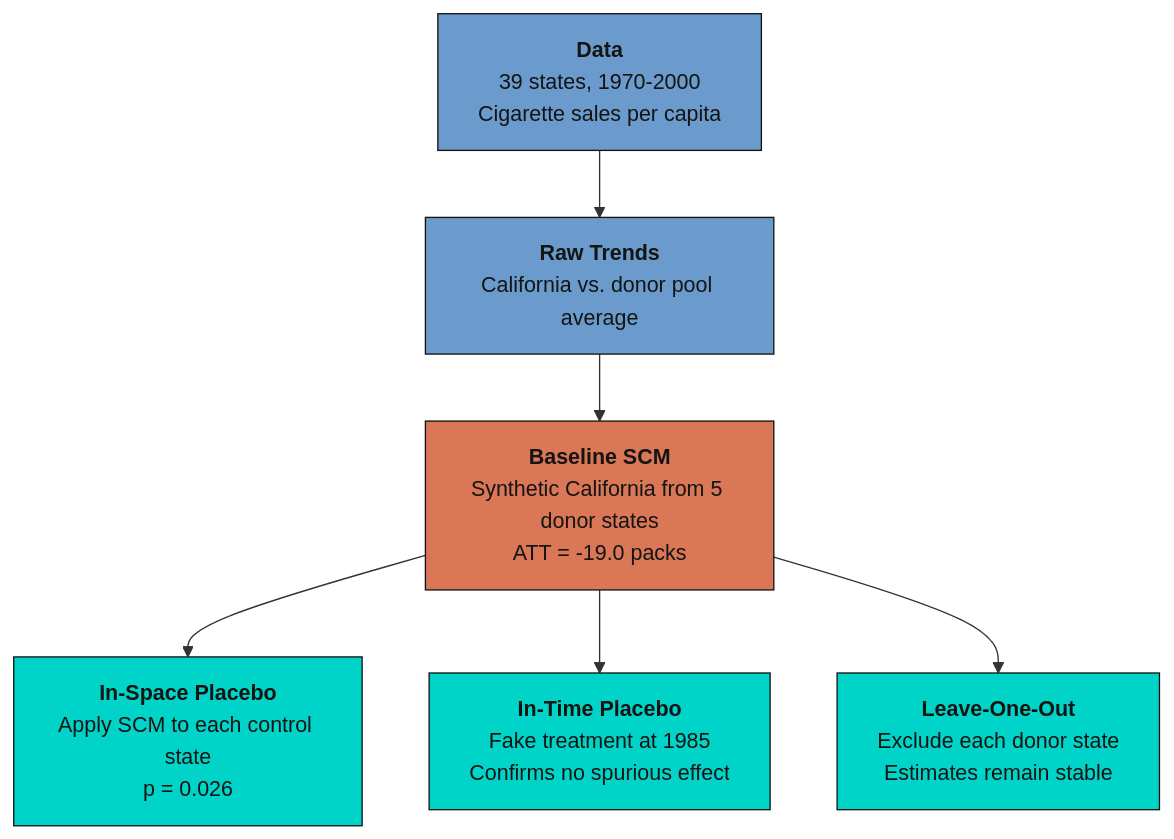
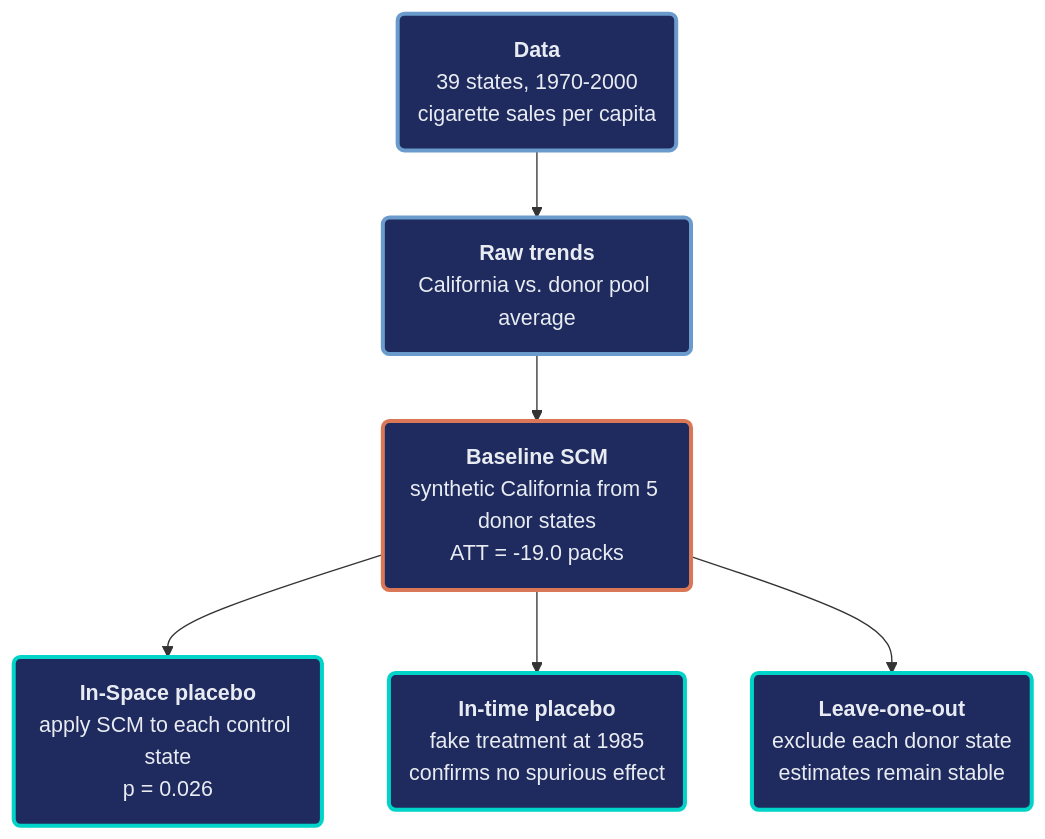
The diagram in content/post/stata_sc/index.md (cmg777/starter-academic-v501), drawn with Mermaid before and after one commit. The commit also changed 10 other files, not shown here.

First line of the commit message:
content(mermaid): restyle flowcharts in Stata posts (batch 2 of 2) and the EM publication (EN/ES/JA); add log

````diff
--- a/content/post/stata_sc/index.md
+++ b/content/post/stata_sc/index.md
@@ -85,22 +85,21 @@
 ```mermaid
 graph TD
-    DATA["<b>Data</b><br/>39 states, 1970-2000<br/>Cigarette sales per capita"]
-    RAW["<b>Raw Trends</b><br/>California vs. donor pool average"]
-    SCM["<b>Baseline SCM</b><br/>Synthetic California from 5 donor states<br/>ATT = -19.0 packs"]
-    SPACE["<b>In-Space Placebo</b><br/>Apply SCM to each control state<br/>p = 0.026"]
-    TIME["<b>In-Time Placebo</b><br/>Fake treatment at 1985<br/>Confirms no spurious effect"]
-    LOO["<b>Leave-One-Out</b><br/>Exclude each donor state<br/>Estimates remain stable"]
+    DATA("<b>Data</b><br/>39 states, 1970-2000<br/>cigarette sales per capita")
+    RAW("<b>Raw trends</b><br/>California vs. donor pool average")
+    SCM("<b>Baseline SCM</b><br/>synthetic California from 5 donor states<br/>ATT = -19.0 packs")
+    SPACE("<b>In-Space placebo</b><br/>apply SCM to each control state<br/>p = 0.026")
+    TIME("<b>In-time placebo</b><br/>fake treatment at 1985<br/>confirms no spurious effect")
+    LOO("<b>Leave-one-out</b><br/>exclude each donor state<br/>estimates remain stable")
 
     DATA --> RAW
     RAW --> SCM
     SCM --> SPACE
     SCM --> TIME
     SCM --> LOO
-
-    style DATA fill:#6a9bcc,stroke:#141413,color:#141413
-    style RAW fill:#6a9bcc,stroke:#141413,color:#141413
-    style SCM fill:#d97757,stroke:#141413,color:#141413
-    style SPACE fill:#00d4c8,stroke:#141413,color:#141413
-    style TIME fill:#00d4c8,stroke:#141413,color:#141413
-    style LOO fill:#00d4c8,stroke:#141413,color:#141413
+    classDef blue fill:#1f2b5e,stroke:#6a9bcc,stroke-width:3px,color:#e8ecf2
+    classDef orange fill:#1f2b5e,stroke:#d97757,stroke-width:3px,color:#e8ecf2
+    classDef teal fill:#1f2b5e,stroke:#00d4c8,stroke-width:3px,color:#e8ecf2
+    class DATA,RAW blue
+    class SCM orange
+    class SPACE,TIME,LOO teal
 ```
````
